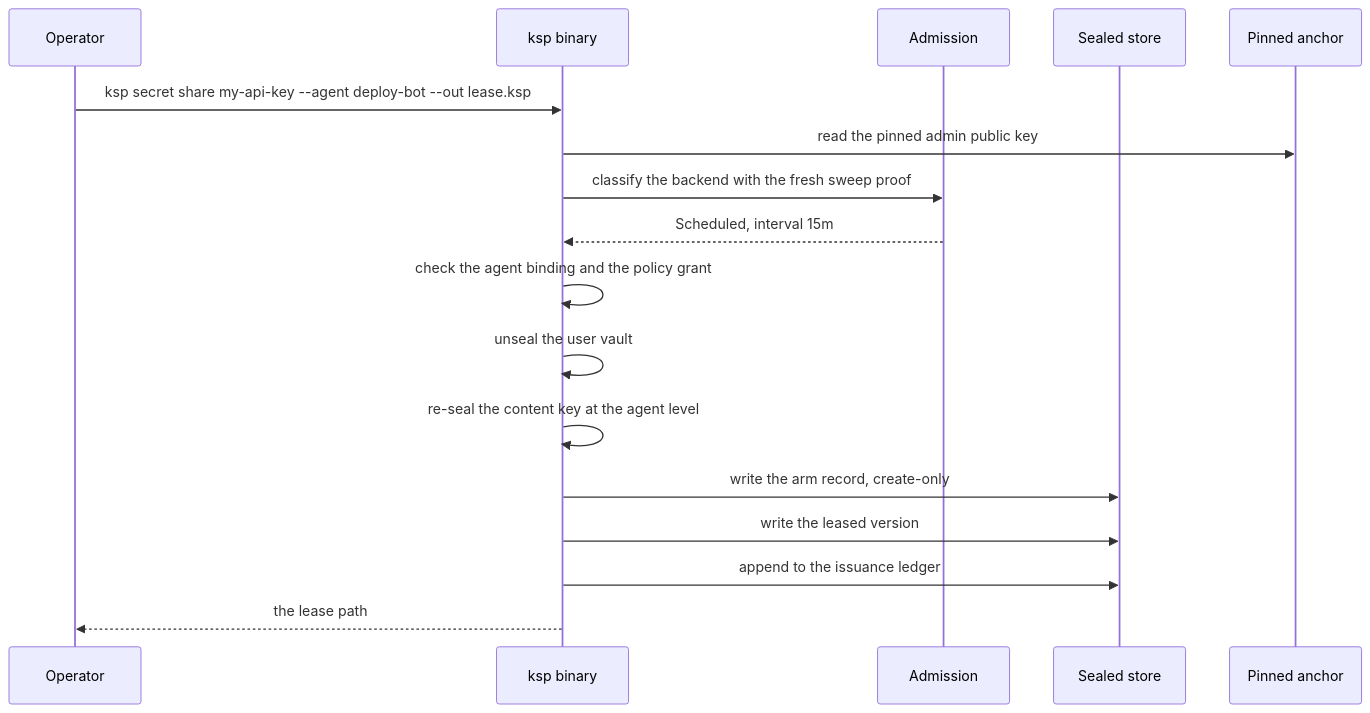
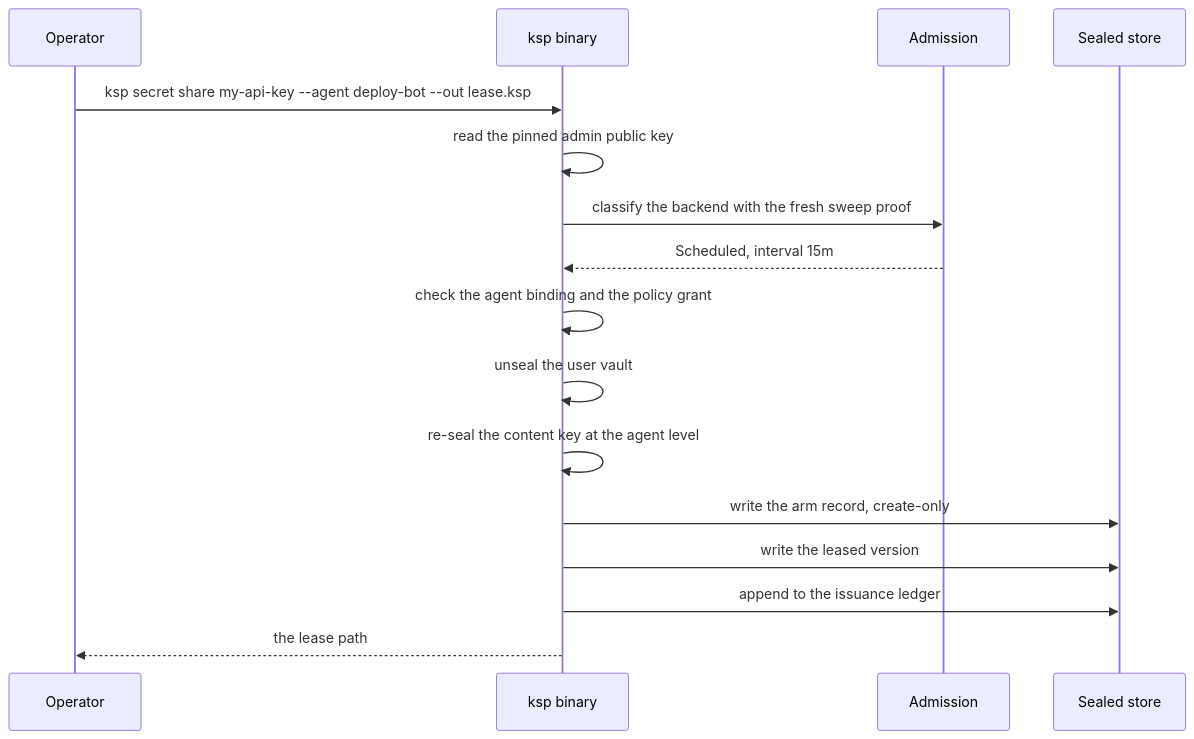
One commit to bruj0/keyspout changed the third of 7 diagrams in site/docs/workflows/overview.md. Above: the diagram before and after it, drawn with Mermaid. The commit also changed other lines of this file and 22 other files, not shown here.

First line of the commit message:
feat(site): zoom every diagram, and make the wide ones vertical (#21)

````diff
--- a/site/docs/workflows/overview.md
+++ b/site/docs/workflows/overview.md
@@ -110,20 +110,19 @@
 ```mermaid
 sequenceDiagram
   participant Op as Operator
   participant Ksp as ksp binary
   participant Admit as Admission
   participant Store as Sealed store
-  participant Anchor as Pinned anchor
 
   Op->>Ksp: ksp secret share my-api-key --agent deploy-bot --out lease.ksp
-  Ksp->>Anchor: read the pinned admin public key
+  Ksp->>Ksp: read the pinned admin public key
   Ksp->>Admit: classify the backend with the fresh sweep proof
   Admit-->>Ksp: Scheduled, interval 15m
   Ksp->>Ksp: check the agent binding and the policy grant
   Ksp->>Ksp: unseal the user vault
   Ksp->>Ksp: re-seal the content key at the agent level
   Ksp->>Store: write the arm record, create-only
   Ksp->>Store: write the leased version
   Ksp->>Store: append to the issuance ledger
   Ksp-->>Op: the lease path
 ```
````
